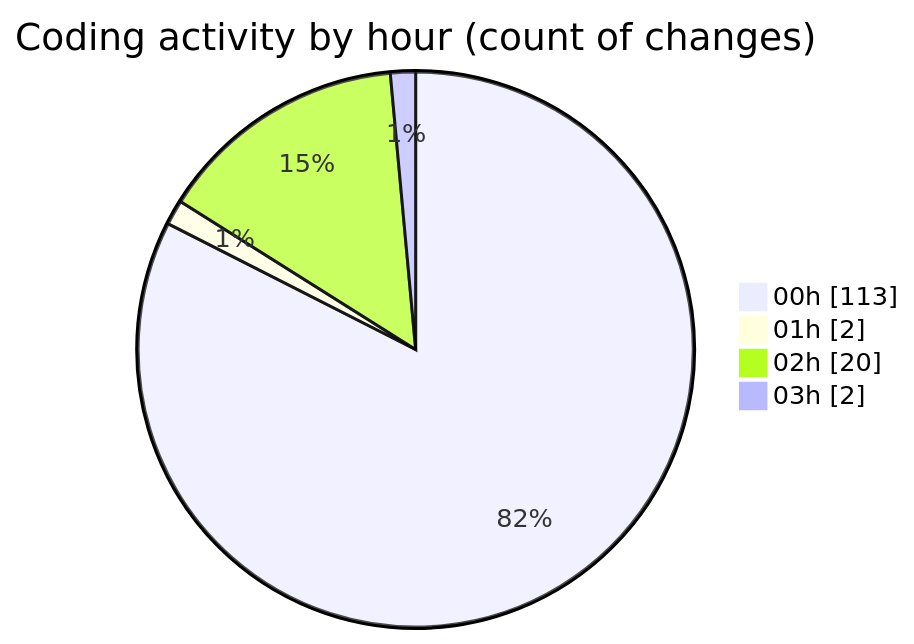
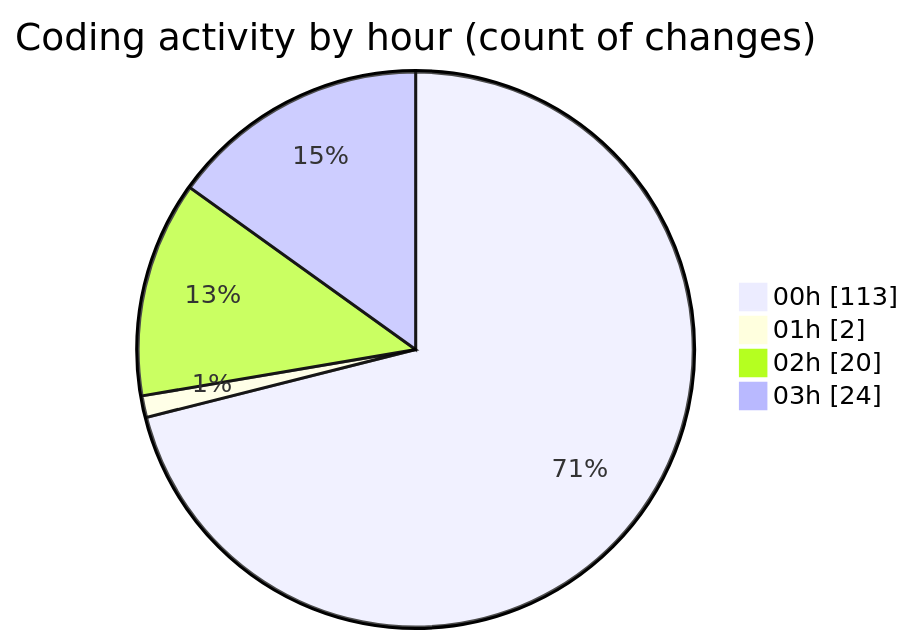
The second of 2 diagrams in 2025-08-06/napxuvn/README.md (lephambinh05/code-tracking), drawn with Mermaid before and after one commit. The commit also changed other lines of this file and 1 other file, not shown here.

````diff
--- a/2025-08-06/napxuvn/README.md
+++ b/2025-08-06/napxuvn/README.md
@@ -101,8 +111,8 @@
 ```mermaid
 pie showData
 title Coding activity by hour (count of changes)
 "00h" : 113
 "01h" : 2
 "02h" : 20
-"03h" : 2
+"03h" : 24
 ```
````
